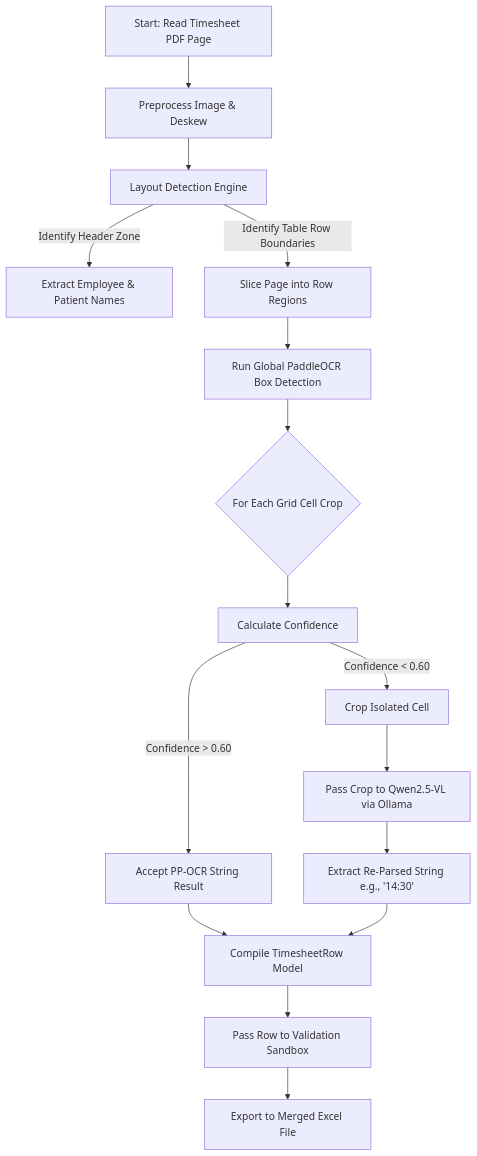
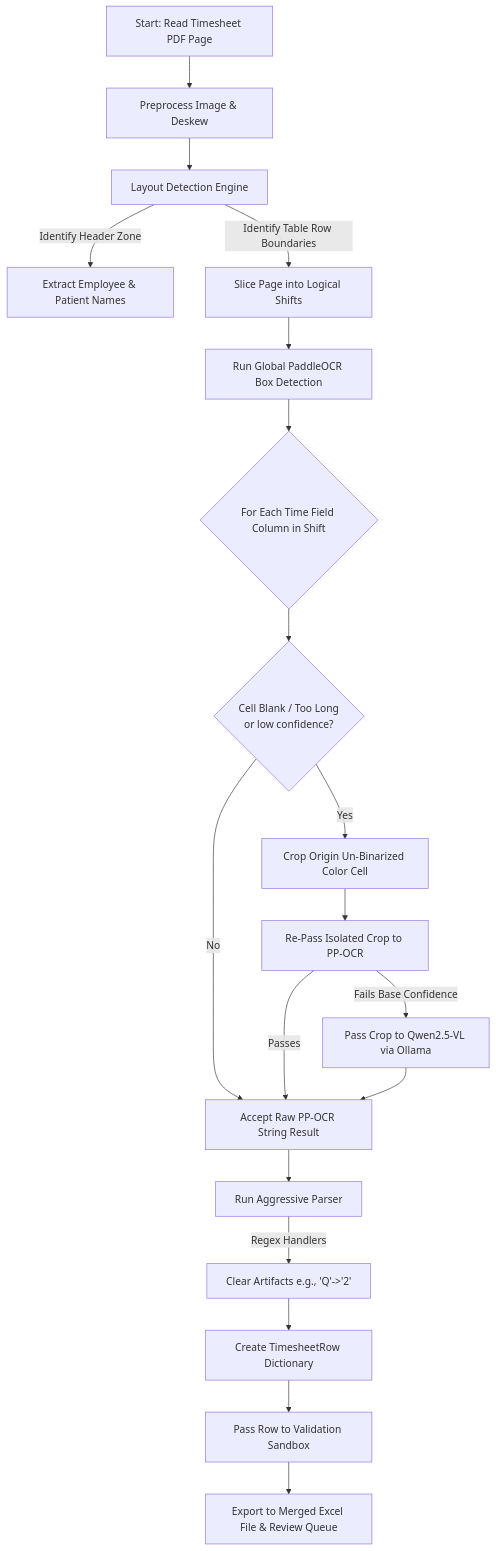
Before and after one commit to mohitagr18/timesheet-ocr: the diagram in workflows/ppocr_grid_flow.md, drawn with Mermaid. The commit also changed other lines of this file and 4 other files, not shown here.

````diff
--- a/workflows/ppocr_grid_flow.md
+++ b/workflows/ppocr_grid_flow.md
@@ -13,22 +13,29 @@
 ```mermaid
 graph TD
     A[Start: Read Timesheet PDF Page] --> B[Preprocess Image & Deskew]
     B --> C[Layout Detection Engine]
     
     C -->|Identify Header Zone| D[Extract Employee & Patient Names]
-    C -->|Identify Table Row Boundaries| E[Slice Page into Row Regions]
+    C -->|Identify Table Row Boundaries| E[Slice Page into Logical Shifts]
     
     E --> F[Run Global PaddleOCR Box Detection]
-    F --> G{For Each Grid Cell Crop}
+    F --> G{For Each Time Field Column in Shift}
     
-    G --> H[Calculate Confidence]
-    H -->|Confidence > 0.60| I[Accept PP-OCR String Result]
-    H -->|Confidence < 0.60| J[Crop Isolated Cell]
+    G --> H{Cell Blank / Too Long \n or low confidence?}
+    H -->|No| I[Accept Raw PP-OCR String Result]
+    H -->|Yes| J[Crop Origin Un-Binarized Color Cell]
     
-    J --> K[Pass Crop to Qwen2.5-VL via Ollama]
-    K --> L[Extract Re-Parsed String e.g., '14:30']
+    J --> K[Re-Pass Isolated Crop to PP-OCR]
+    K -->|Fails Base Confidence| L[Pass Crop to Qwen2.5-VL via Ollama]
+    K -->|Passes| I
     
-    I & L --> M[Compile TimesheetRow Model]
-    M --> N[Pass Row to Validation Sandbox]
-    N --> O[Export to Merged Excel File]
+    L --> I
+    I --> M[Run Aggressive Parser]
+    
+    %% Parser logic
+    M -->|Regex Handlers| N[Clear Artifacts e.g., 'Q'->'2']
+    N --> O[Create TimesheetRow Dictionary]
+    
+    O --> P[Pass Row to Validation Sandbox]
+    P --> Q[Export to Merged Excel File & Review Queue]
 ```
````
